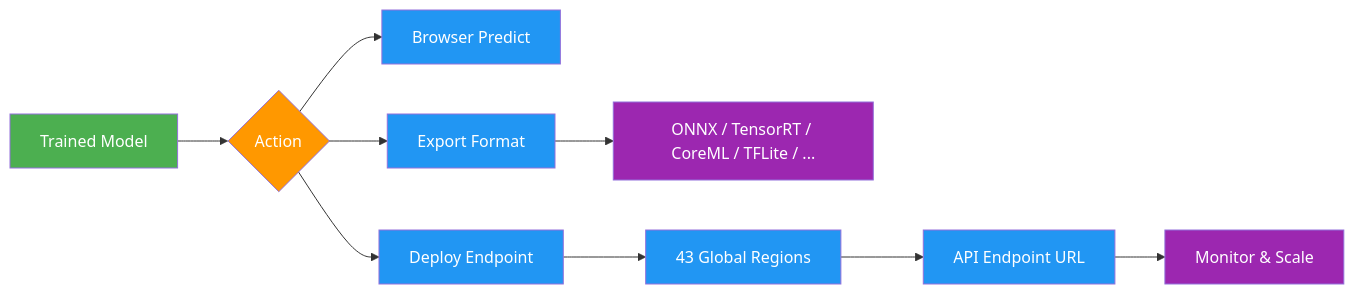
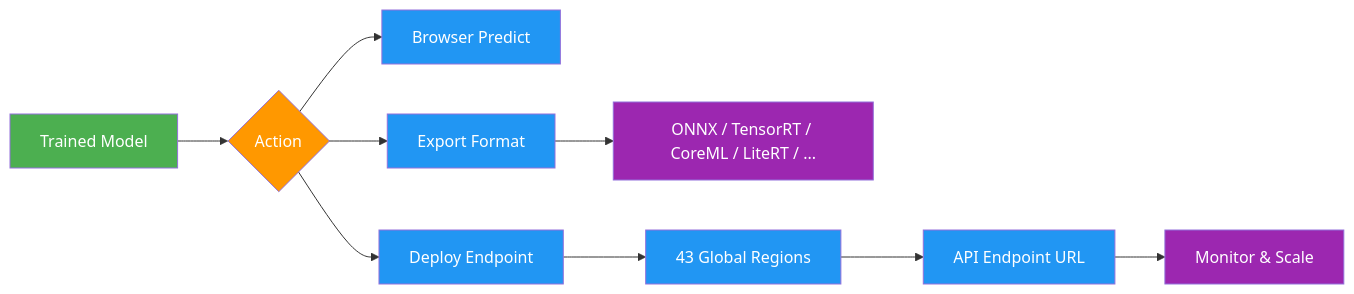
Before and after one commit to wenerme/ai: the third of 3 diagrams in skills/ultralytics-docs/references/platform/index.md, drawn with Mermaid. The commit also changed other lines of this file and 586 other files, not shown here.

````diff
--- a/skills/ultralytics-docs/references/platform/index.md
+++ b/skills/ultralytics-docs/references/platform/index.md
@@ -173,16 +173,16 @@
 ```mermaid
 graph LR
     A[Trained Model]:::start --> B{Action}:::decide
     B --> C[Browser Predict]:::proc
     B --> D[Export Format]:::proc
     B --> E[Deploy Endpoint]:::proc
-    D --> F[ONNX / TensorRT / CoreML / TFLite / ...]:::out
+    D --> F[ONNX / TensorRT / CoreML / LiteRT / ...]:::out
     E --> G[43 Global Regions]:::proc
     G --> H[API Endpoint URL]:::proc
     H --> I[Monitor & Scale]:::out
 
     classDef start fill:#4CAF50,color:#fff
     classDef proc fill:#2196F3,color:#fff
     classDef decide fill:#FF9800,color:#fff
     classDef out fill:#9C27B0,color:#fff
 ```
````
